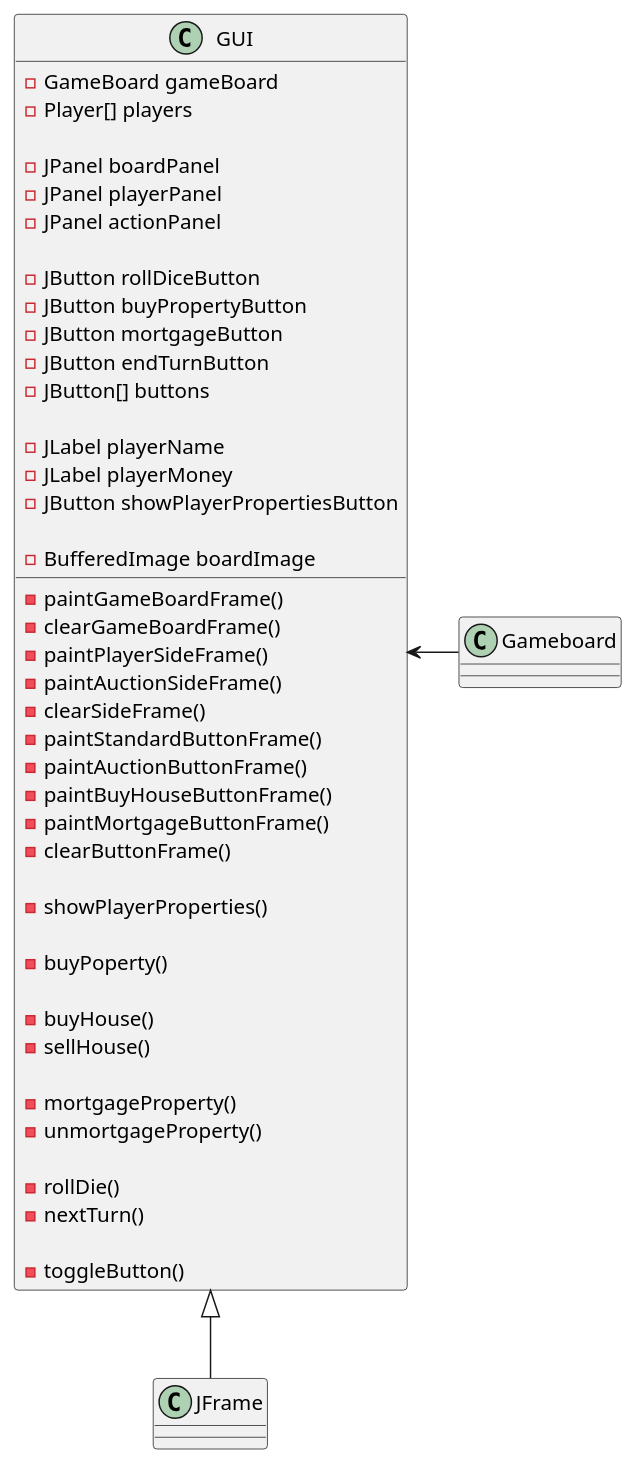
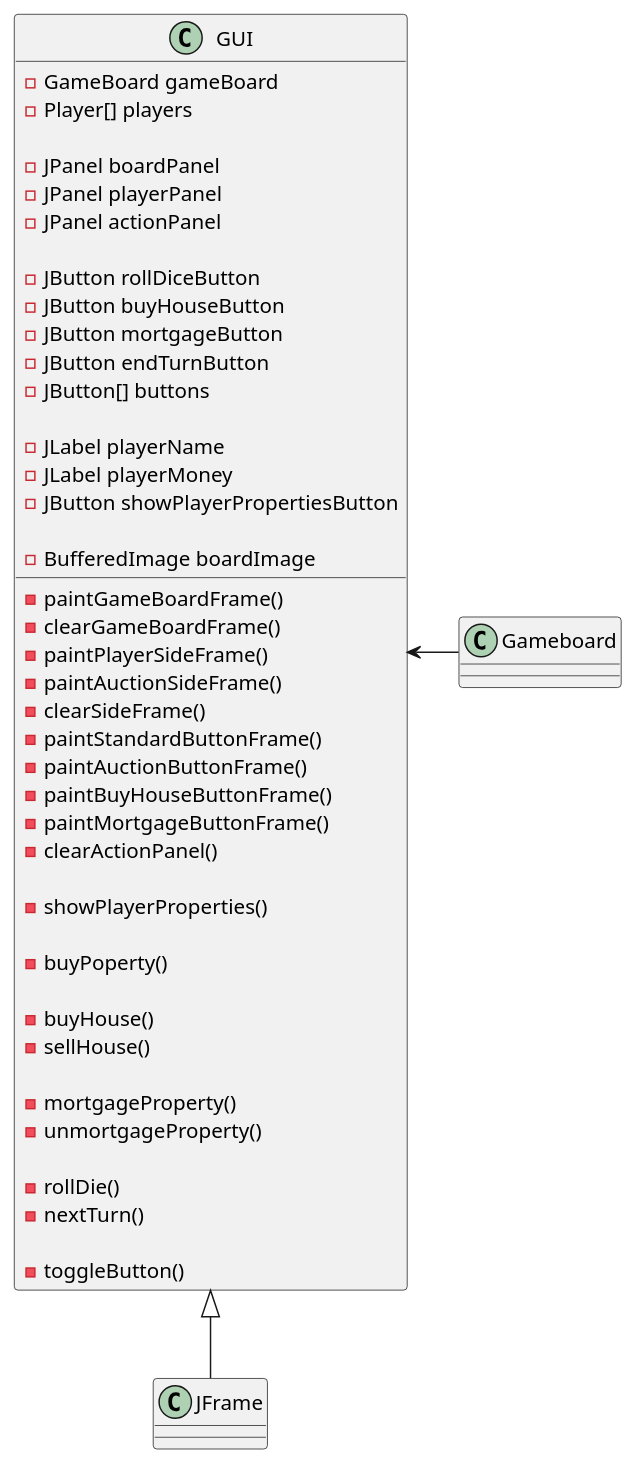
The diagram in docs/GUI.puml (PopeMain/PropertyNMoney), drawn with PlantUML before and after one commit. The commit also changed 1 other file, not shown here.

Commit message:
Added labels and buttons to sidebar panel and action panel

```diff
--- a/docs/GUI.puml
+++ b/docs/GUI.puml
@@ -1,57 +1,57 @@
 @startuml
 'https://plantuml.com/class-diagram
 
 
 GUI <- Gameboard
 
 class JFrame extends GUI
 
 class GUI {
 -GameBoard gameBoard
 -Player[] players
 
 -JPanel boardPanel
 -JPanel playerPanel
 -JPanel actionPanel
 
 -JButton rollDiceButton
--JButton buyPropertyButton
+-JButton buyHouseButton
 -JButton mortgageButton
 -JButton endTurnButton
 -JButton[] buttons
 
 -JLabel playerName
 -JLabel playerMoney
 -JButton showPlayerPropertiesButton
 
 -BufferedImage boardImage
 
 -paintGameBoardFrame()
 -clearGameBoardFrame()
 -paintPlayerSideFrame()
 -paintAuctionSideFrame()
 -clearSideFrame()
 -paintStandardButtonFrame()
 -paintAuctionButtonFrame()
 -paintBuyHouseButtonFrame()
 -paintMortgageButtonFrame()
--clearButtonFrame()
+-clearActionPanel()
 
 -showPlayerProperties()
 
 -buyPoperty()
 
 -buyHouse()
 -sellHouse()
 
 -mortgageProperty()
 -unmortgageProperty()
 
 -rollDie()
 -nextTurn()
 
 -toggleButton()
 
 }
 
 @enduml
```
